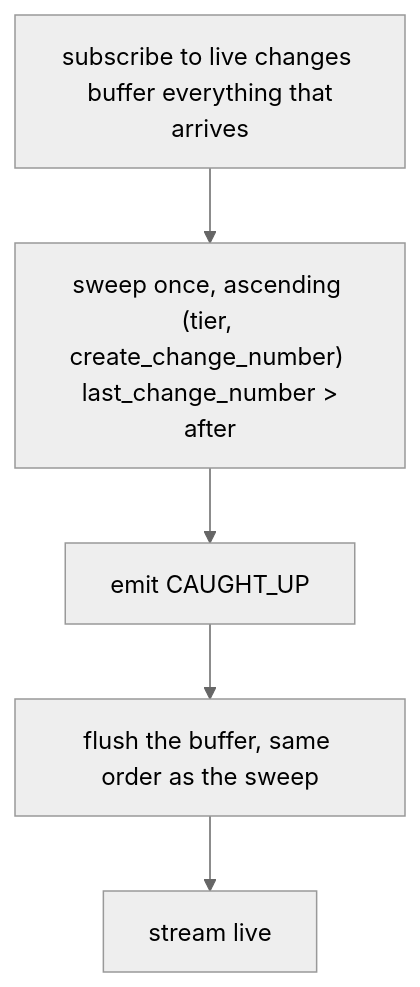
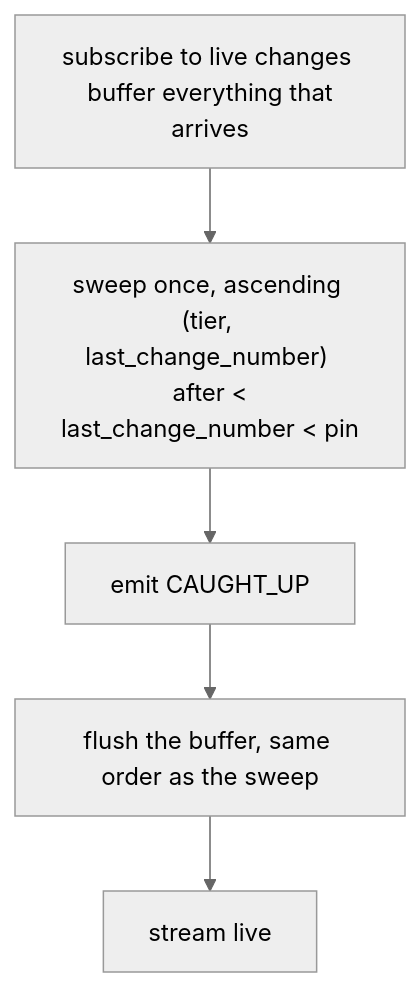
The diagram in architecture/07-sync-streaming.md (DKE-Data/masterdata-sync-working-group), drawn with Mermaid (neutral theme) before and after one commit. The commit also changed other lines of this file and 6 other files, not shown here.

````diff
--- a/architecture/07-sync-streaming.md
+++ b/architecture/07-sync-streaming.md
@@ -163,12 +161,12 @@
 ```mermaid
 flowchart TB
     SUB["subscribe to live changes \n buffer everything that arrives"]
-    SWEEP["sweep once, ascending (tier, create_change_number) \n last_change_number &gt; after"]
+    SWEEP["sweep once, ascending (tier, last_change_number) \n after &lt; last_change_number &lt; pin"]
     MARK["emit CAUGHT_UP"]
     FLUSH["flush the buffer, same order as the sweep"]
     LIVE["stream live"]
     SUB --> SWEEP
     SWEEP --> MARK
     MARK --> FLUSH
     FLUSH --> LIVE
 ```
````
